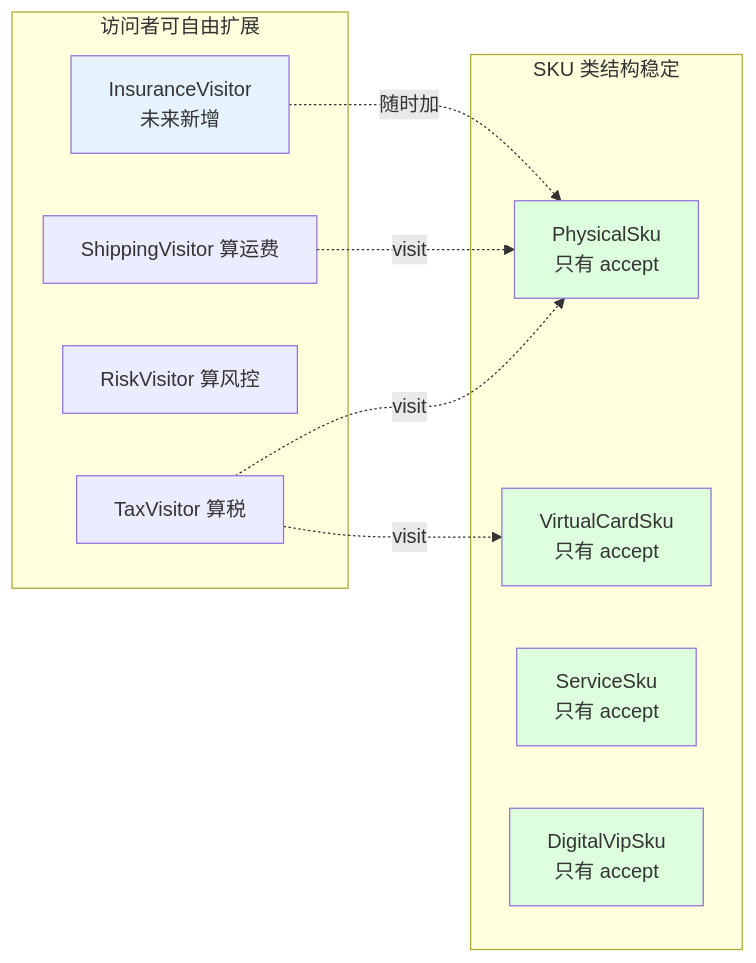
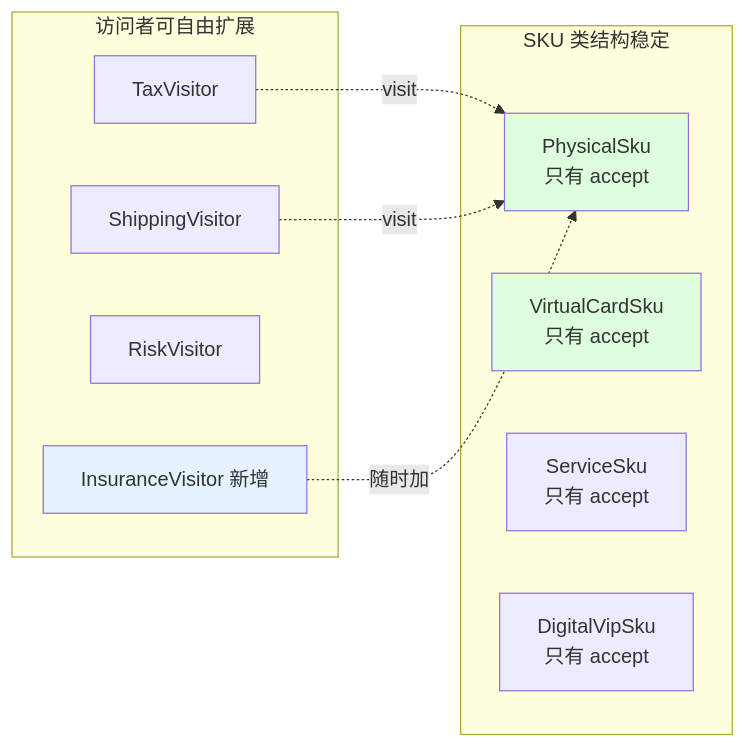
Before and after one commit to chongyang211/YCBookBlog: the second of 7 diagrams in docs/08.编程/03.巧学设计模式/22.访问者模式设计思想.md, drawn with Mermaid. The commit also changed other lines of this file and 13 other files, not shown here.

````diff
--- a/docs/08.编程/03.巧学设计模式/22.访问者模式设计思想.md
+++ b/docs/08.编程/03.巧学设计模式/22.访问者模式设计思想.md
@@ -131,24 +153,21 @@
 ```mermaid
 flowchart LR
     subgraph 稳定的SKU[SKU 类结构稳定]
         P2[PhysicalSku<br/>只有 accept]
         V2[VirtualCardSku<br/>只有 accept]
         S2[ServiceSku<br/>只有 accept]
         D2[DigitalVipSku<br/>只有 accept]
     end
-    subgraph 访问者可自由扩展[访问者可自由扩展]
-        T[TaxVisitor 算税]
-        L2[ShippingVisitor 算运费]
-        R2[RiskVisitor 算风控]
-        I2[InsuranceVisitor<br/>未来新增]
+    subgraph 可自由扩展[访问者可自由扩展]
+        T[TaxVisitor]
+        L2[ShippingVisitor]
+        R2[RiskVisitor]
+        I2[InsuranceVisitor 新增]
     end
     T -.visit.-> P2
-    T -.visit.-> V2
     L2 -.visit.-> P2
     I2 -.随时加.-> P2
     style P2 fill:#dfd
     style V2 fill:#dfd
-    style S2 fill:#dfd
-    style D2 fill:#dfd
     style I2 fill:#e6f3ff
 ```
````
